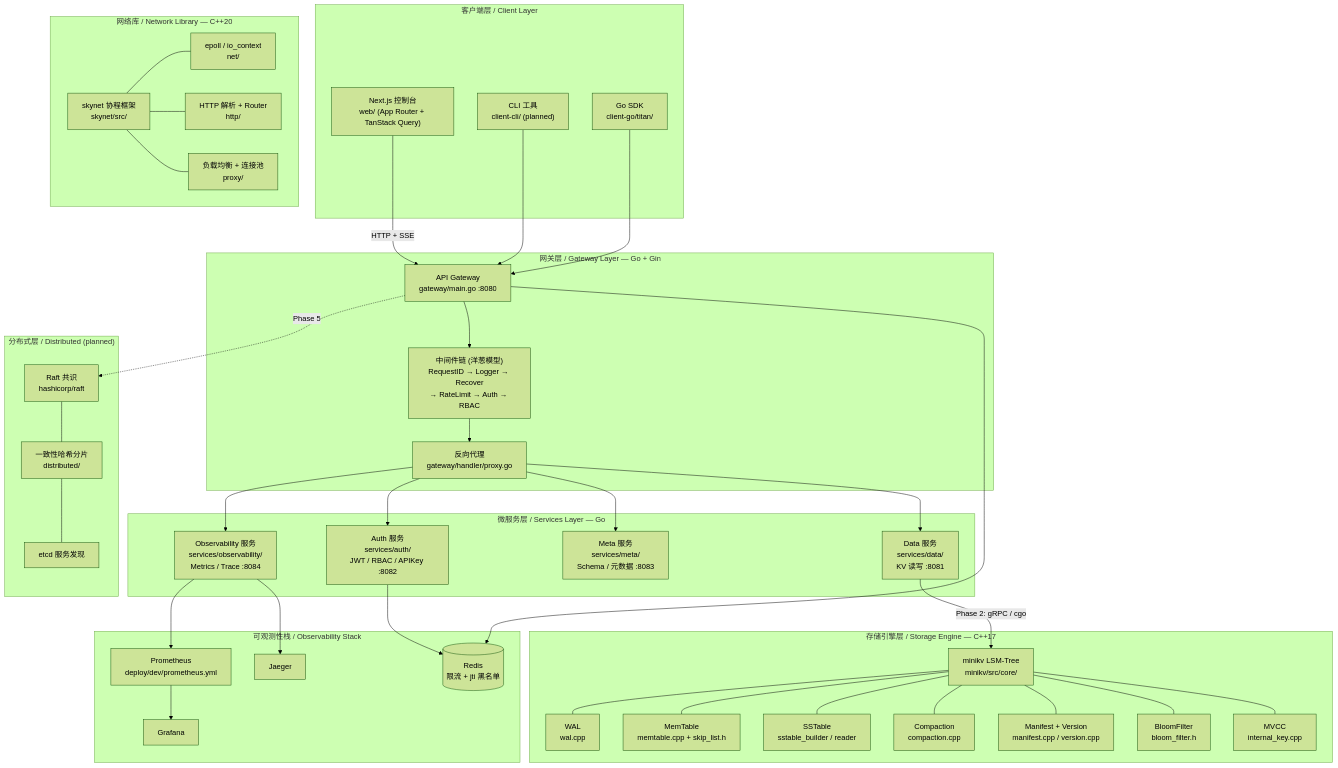
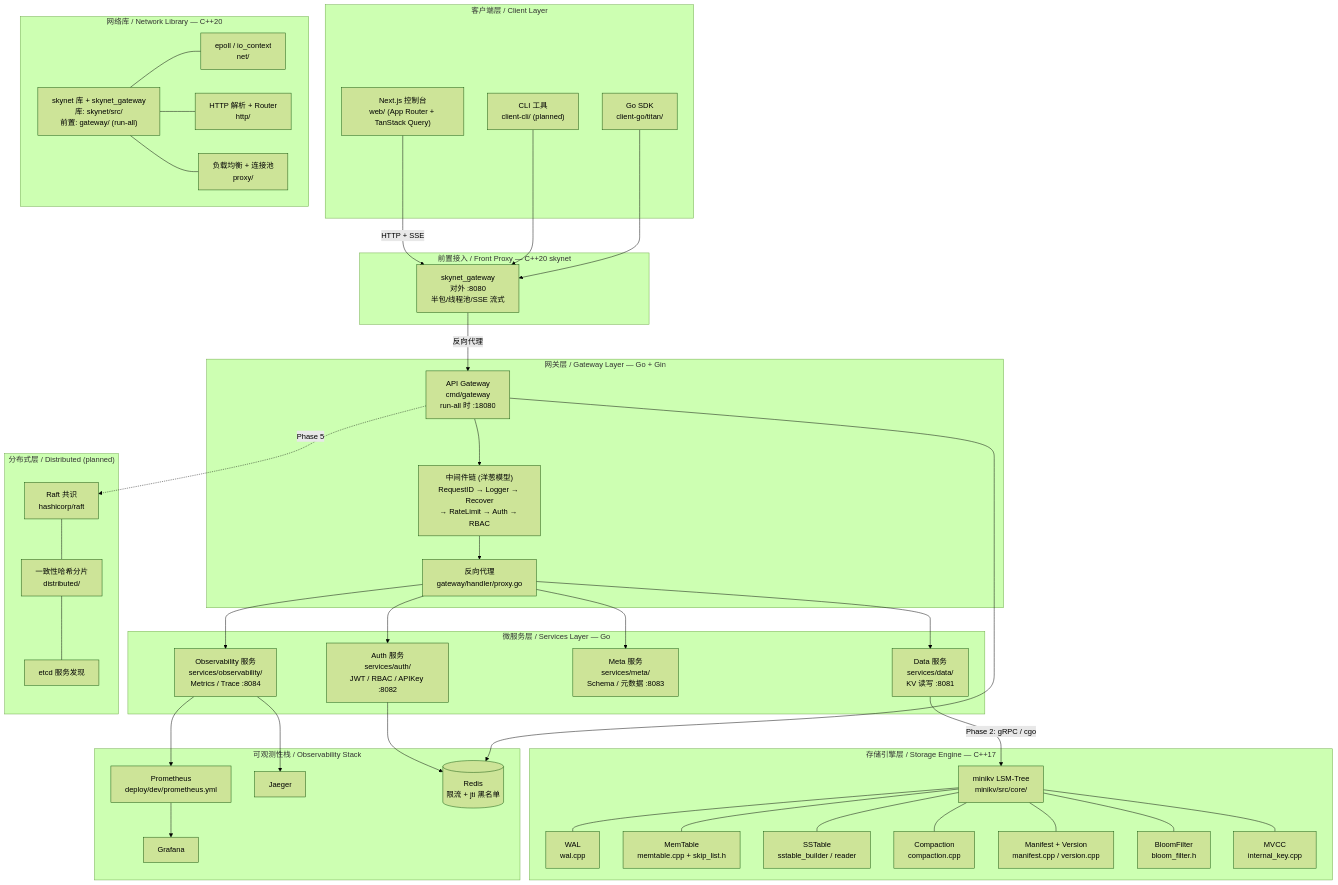
The diagram in README.md (Thezx-a/TitanKV), drawn with Mermaid (forest theme) before and after one commit. The commit also changed other lines of this file and 11 other files, not shown here.

```diff
--- a/README.md
+++ b/README.md
@@ -52,8 +52,12 @@
         SDK["Go SDK<br/>client-go/titan/"]
     end
 
+    subgraph FrontProxy["前置接入 / Front Proxy — C++20 skynet"]
+        SKYGW["skynet_gateway<br/>对外 :8080<br/>半包/线程池/SSE 流式"]
+    end
+
     subgraph Gateway["网关层 / Gateway Layer — Go + Gin"]
-        GW["API Gateway<br/>gateway/main.go :8080"]
+        GW["API Gateway<br/>cmd/gateway<br/>run-all 时 :18080"]
         MW["中间件链 (洋葱模型)<br/>RequestID → Logger → Recover<br/>→ RateLimit → Auth → RBAC"]
         PROXY["反向代理<br/>gateway/handler/proxy.go"]
     end
@@ -77,7 +81,7 @@
     end
 
     subgraph NetLib["网络库 / Network Library — C++20"]
-        SKYNET["skynet 协程框架<br/>skynet/src/"]
+        SKYNET["skynet 库 + skynet_gateway<br/>库: skynet/src/<br/>前置: gateway/ (run-all)"]
         IO["epoll / io_context<br/>net/"]
         HTTP["HTTP 解析 + Router<br/>http/"]
         LB["负载均衡 + 连接池<br/>proxy/"]
@@ -96,9 +100,10 @@
         REDIS[("Redis<br/>限流 + jti 黑名单")]
     end
 
-    WEBUI -->|HTTP + SSE| GW
-    CLI --> GW
-    SDK --> GW
+    WEBUI -->|HTTP + SSE| SKYGW
+    CLI --> SKYGW
+    SDK --> SKYGW
+    SKYGW -->|反向代理| GW
     GW --> MW --> PROXY
     PROXY --> AUTH
     PROXY --> DATA
```
